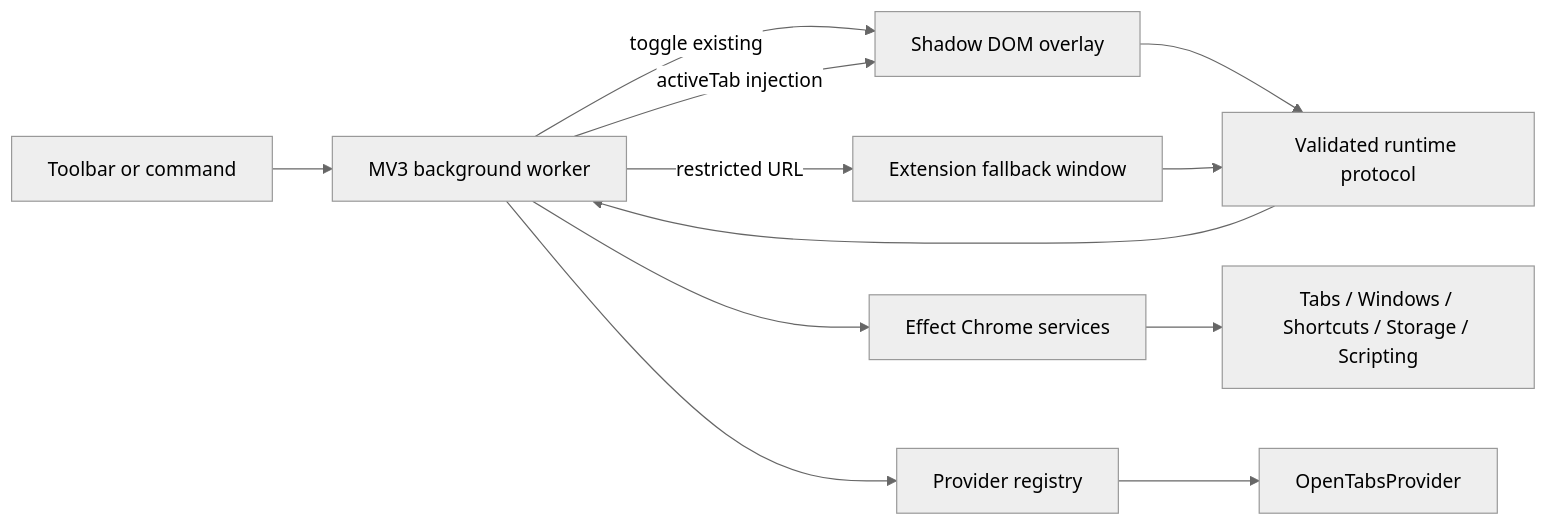
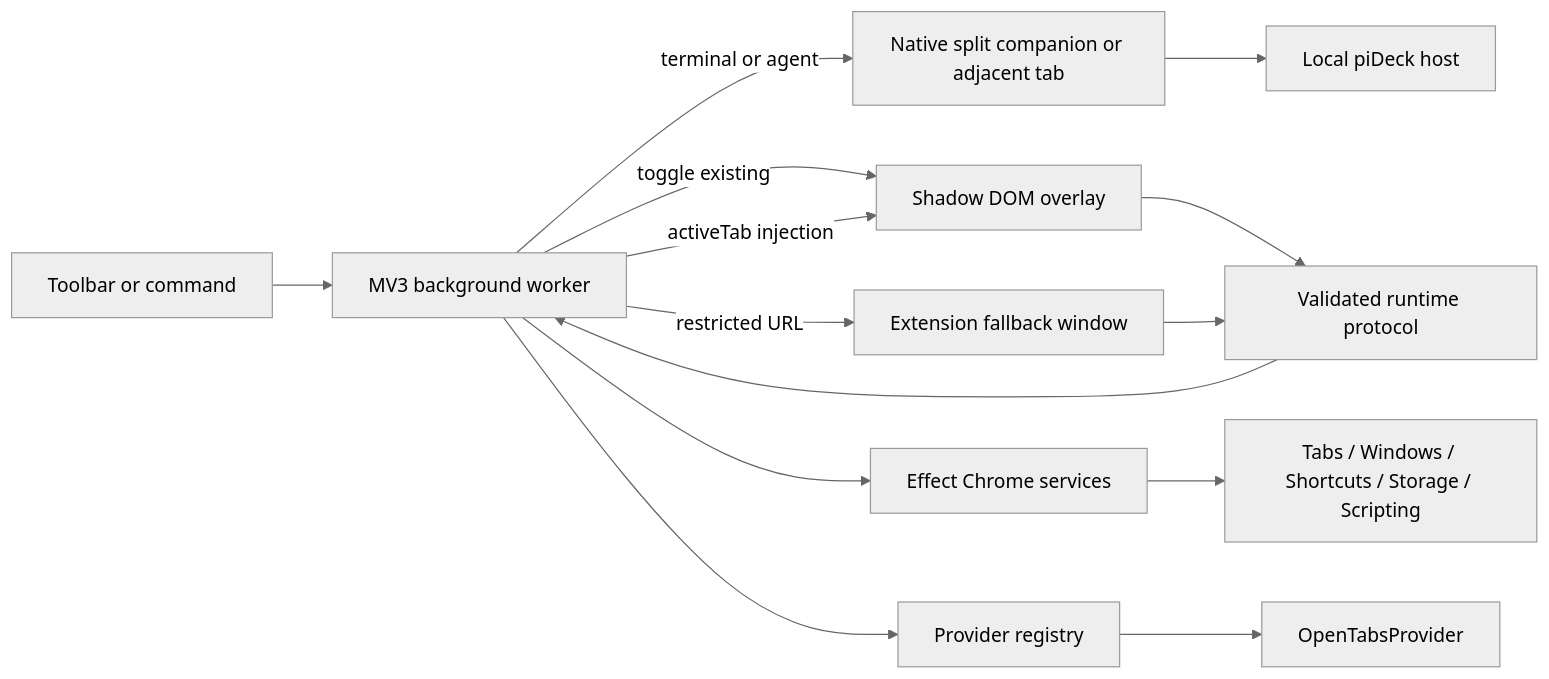
The diagram in apps/chrome-extension/README.md (amirrezaask/piDeck), drawn with Mermaid (neutral theme) before and after one commit. The commit also changed other lines of this file and 57 other files, not shown here.

````diff
--- a/apps/chrome-extension/README.md
+++ b/apps/chrome-extension/README.md
@@ -87,14 +94,16 @@
 ```mermaid
 flowchart LR
   I[Toolbar or command] --> B[MV3 background worker]
+  B -->|terminal or agent| W[Native split companion or adjacent tab]
+  W --> H[Local piDeck host]
   B -->|toggle existing| O[Shadow DOM overlay]
   B -->|activeTab injection| O
   B -->|restricted URL| F[Extension fallback window]
   O --> P[Validated runtime protocol]
   F --> P
   P --> B
   B --> S[Effect Chrome services]
   S --> T[Tabs / Windows / Shortcuts / Storage / Scripting]
   B --> R[Provider registry]
   R --> OT[OpenTabsProvider]
 ```
````
